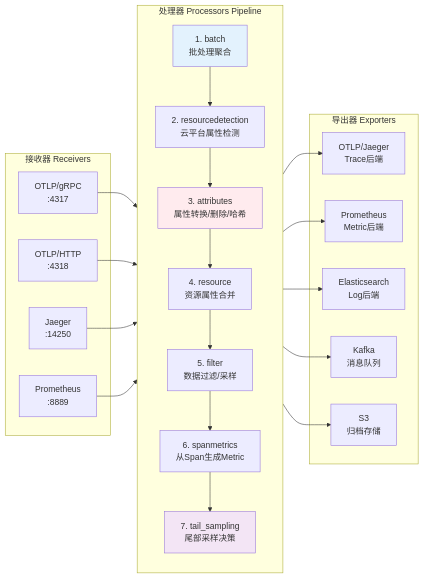
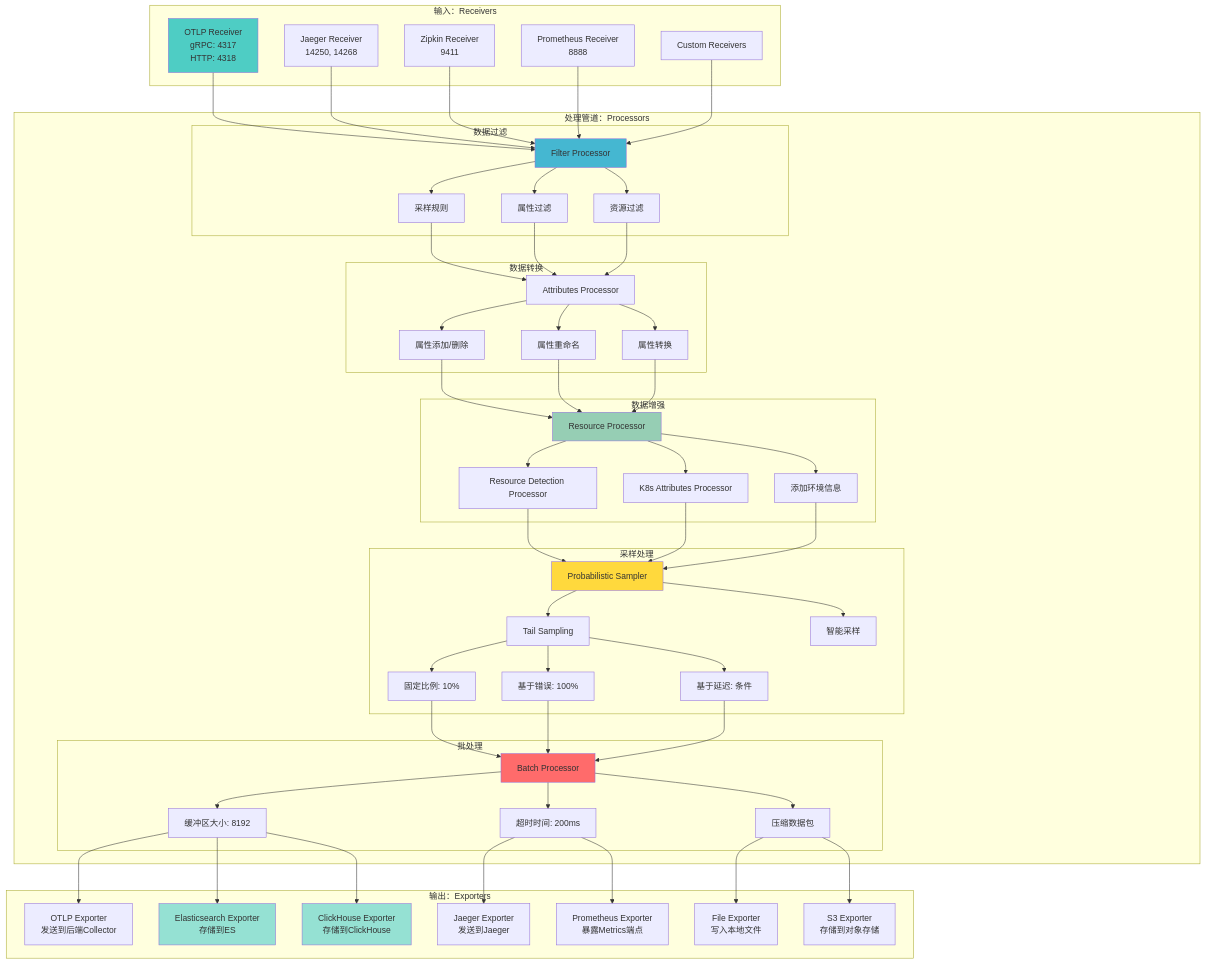
One commit to AdaMartin18010/OTLP changed the third of 4 diagrams in 📊_OTLP数据生命周期可视化图表_2025_10_20.md. Above: the diagram before and after it, drawn with Mermaid. The commit also changed other lines of this file and 62 other files, not shown here.

````diff
--- a/📊_OTLP数据生命周期可视化图表_2025_10_20.md
+++ b/📊_OTLP数据生命周期可视化图表_2025_10_20.md
@@ -345,50 +343,119 @@
 ```mermaid
-graph LR
-    subgraph "接收器 Receivers"
-        RCV1[OTLP/gRPC<br/>:4317]
-        RCV2[OTLP/HTTP<br/>:4318]
-        RCV3[Jaeger<br/>:14250]
-        RCV4[Prometheus<br/>:8889]
+graph TB
+    subgraph "输入：Receivers"
+        R1[OTLP Receiver<br/>gRPC: 4317<br/>HTTP: 4318]
+        R2[Jaeger Receiver<br/>14250, 14268]
+        R3[Zipkin Receiver<br/>9411]
+        R4[Prometheus Receiver<br/>8888]
+        R5[Custom Receivers]
     end
     
-    subgraph "处理器 Processors Pipeline"
-        direction TB
-        P1[1. batch<br/>批处理聚合]
-        P2[2. resourcedetection<br/>云平台属性检测]
-        P3[3. attributes<br/>属性转换/删除/哈希]
-        P4[4. resource<br/>资源属性合并]
-        P5[5. filter<br/>数据过滤/采样]
-        P6[6. spanmetrics<br/>从Span生成Metric]
-        P7[7. tail_sampling<br/>尾部采样决策]
+    subgraph "处理管道：Processors"
+        subgraph "数据过滤"
+            P1[Filter Processor]
+            P2[采样规则]
+            P3[属性过滤]
+            P4[资源过滤]
+        end
         
-        P1 --> P2
-        P2 --> P3
-        P3 --> P4
-        P4 --> P5
-        P5 --> P6
-        P6 --> P7
+        subgraph "数据转换"
+            P5[Attributes Processor]
+            P6[属性添加/删除]
+            P7[属性重命名]
+            P8[属性转换]
+        end
+        
+        subgraph "数据增强"
+            P9[Resource Processor]
+            P10[Resource Detection Processor]
+            P11[K8s Attributes Processor]
+            P12[添加环境信息]
+        end
+        
+        subgraph "采样处理"
+            P13[Probabilistic Sampler]
+            P14[Tail Sampling]
+            P15[智能采样]
+            P16[固定比例: 10%]
+            P17[基于错误: 100%]
+            P18[基于延迟: 条件]
+        end
+        
+        subgraph "批处理"
+            P19[Batch Processor]
+            P20[缓冲区大小: 8192]
+            P21[超时时间: 200ms]
+            P22[压缩数据包]
+        end
     end
     
-    subgraph "导出器 Exporters"
-        EXP1[OTLP/Jaeger<br/>Trace后端]
-        EXP2[Prometheus<br/>Metric后端]
-        EXP3[Elasticsearch<br/>Log后端]
-        EXP4[Kafka<br/>消息队列]
-        EXP5[S3<br/>归档存储]
+    subgraph "输出：Exporters"
+        E1[OTLP Exporter<br/>发送到后端Collector]
+        E2[Elasticsearch Exporter<br/>存储到ES]
+        E3[ClickHouse Exporter<br/>存储到ClickHouse]
+        E4[Jaeger Exporter<br/>发送到Jaeger]
+        E5[Prometheus Exporter<br/>暴露Metrics端点]
+        E6[File Exporter<br/>写入本地文件]
+        E7[S3 Exporter<br/>存储到对象存储]
     end
     
-    RCV1 --> P1
-    RCV2 --> P1
-    RCV3 --> P1
-    RCV4 --> P1
+    R1 --> P1
+    R2 --> P1
+    R3 --> P1
+    R4 --> P1
+    R5 --> P1
     
-    P7 --> EXP1
-    P7 --> EXP2
-    P7 --> EXP3
-    P7 --> EXP4
-    P7 --> EXP5
+    P1 --> P2
+    P1 --> P3
+    P1 --> P4
     
-    style P1 fill:#e3f2fd
-    style P3 fill:#ffebee
-    style P7 fill:#f3e5f5
+    P2 --> P5
+    P3 --> P5
+    P4 --> P5
+    
+    P5 --> P6
+    P5 --> P7
+    P5 --> P8
+    
+    P6 --> P9
+    P7 --> P9
+    P8 --> P9
+    
+    P9 --> P10
+    P9 --> P11
+    P9 --> P12
+    
+    P10 --> P13
+    P11 --> P13
+    P12 --> P13
+    
+    P13 --> P14
+    P13 --> P15
+    P14 --> P16
+    P14 --> P17
+    P14 --> P18
+    
+    P16 --> P19
+    P17 --> P19
+    P18 --> P19
+    
+    P19 --> P20
+    P19 --> P21
+    P19 --> P22
+    
+    P20 --> E1
+    P20 --> E2
+    P20 --> E3
+    P21 --> E4
+    P21 --> E5
+    P22 --> E6
+    P22 --> E7
+    
+    style R1 fill:#4ecdc4
+    style P1 fill:#45b7d1
+    style P9 fill:#96ceb4
+    style P13 fill:#ffd93d
+    style P19 fill:#ff6b6b
+    style E2 fill:#95e1d3
+    style E3 fill:#95e1d3
 ```
````
